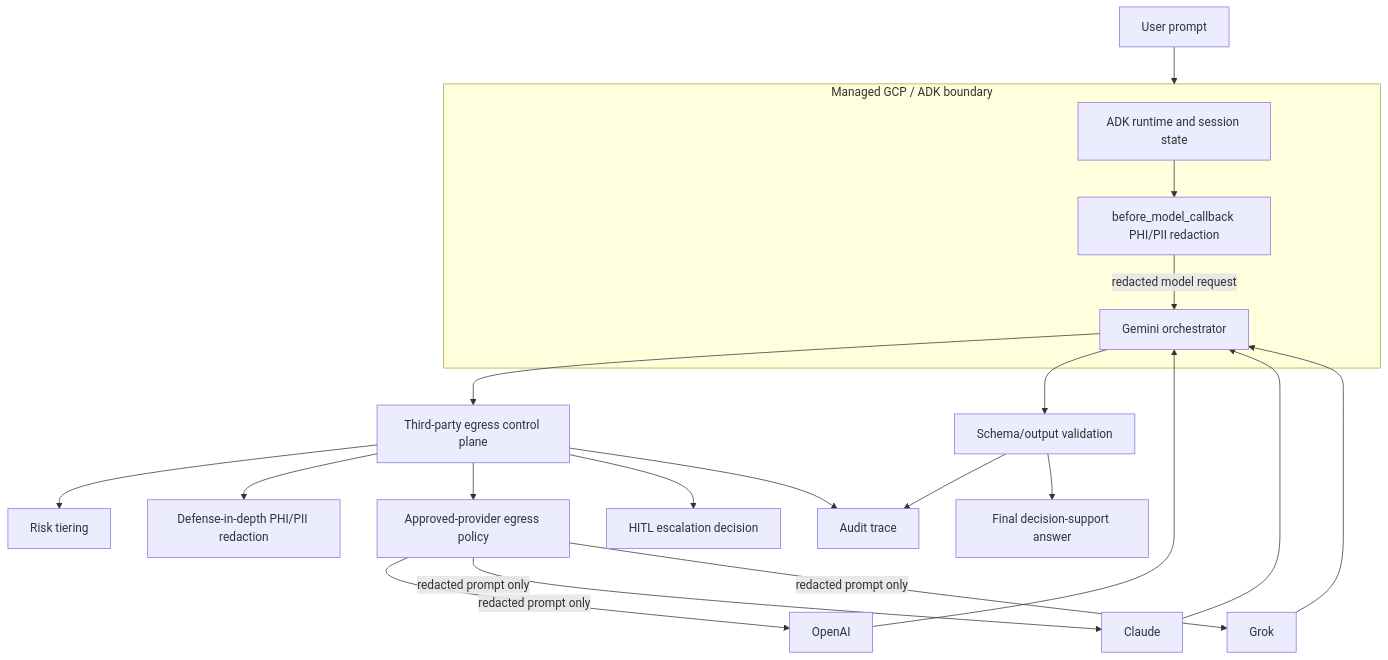
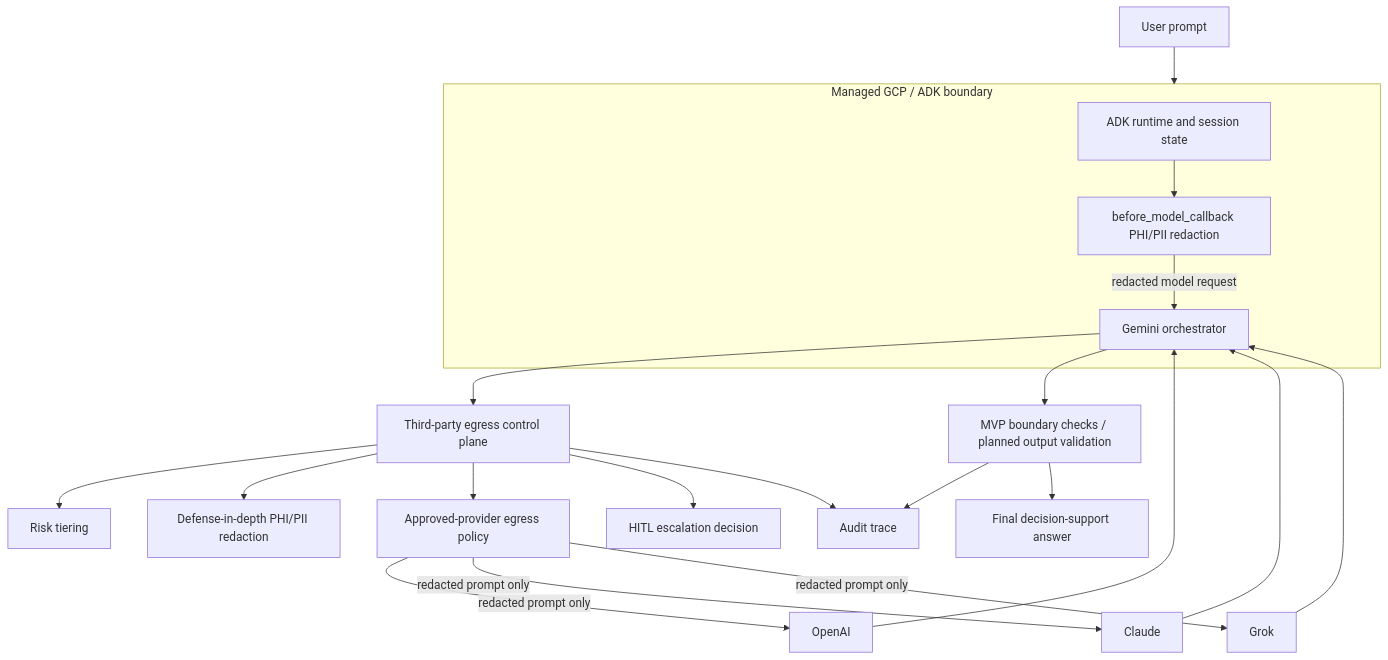
The diagram in docs/architecture.md (acblabs/multi_llm), drawn with Mermaid before and after one commit. The commit also changed other lines of this file and 18 other files, not shown here.

````diff
--- a/docs/architecture.md
+++ b/docs/architecture.md
@@ -3,26 +3,26 @@
 ```mermaid
 flowchart TD
     U[User prompt] --> BAA
     subgraph BAA[Managed GCP / ADK boundary]
         ADK[ADK runtime and session state]
         PR[before_model_callback PHI/PII redaction]
         GEM[Gemini orchestrator]
         ADK --> PR
         PR -->|redacted model request| GEM
     end
     GEM --> G[Third-party egress control plane]
     G --> R[Risk tiering]
     G --> P[Defense-in-depth PHI/PII redaction]
     G --> E[Approved-provider egress policy]
     G --> H[HITL escalation decision]
     G --> A[Audit trace]
     E -->|redacted prompt only| O[OpenAI]
     E -->|redacted prompt only| C[Claude]
     E -->|redacted prompt only| X[Grok]
     O --> GEM
     C --> GEM
     X --> GEM
-    GEM --> V[Schema/output validation]
+    GEM --> V[MVP boundary checks / planned output validation]
     V --> A
     V --> F[Final decision-support answer]
 ```
````
